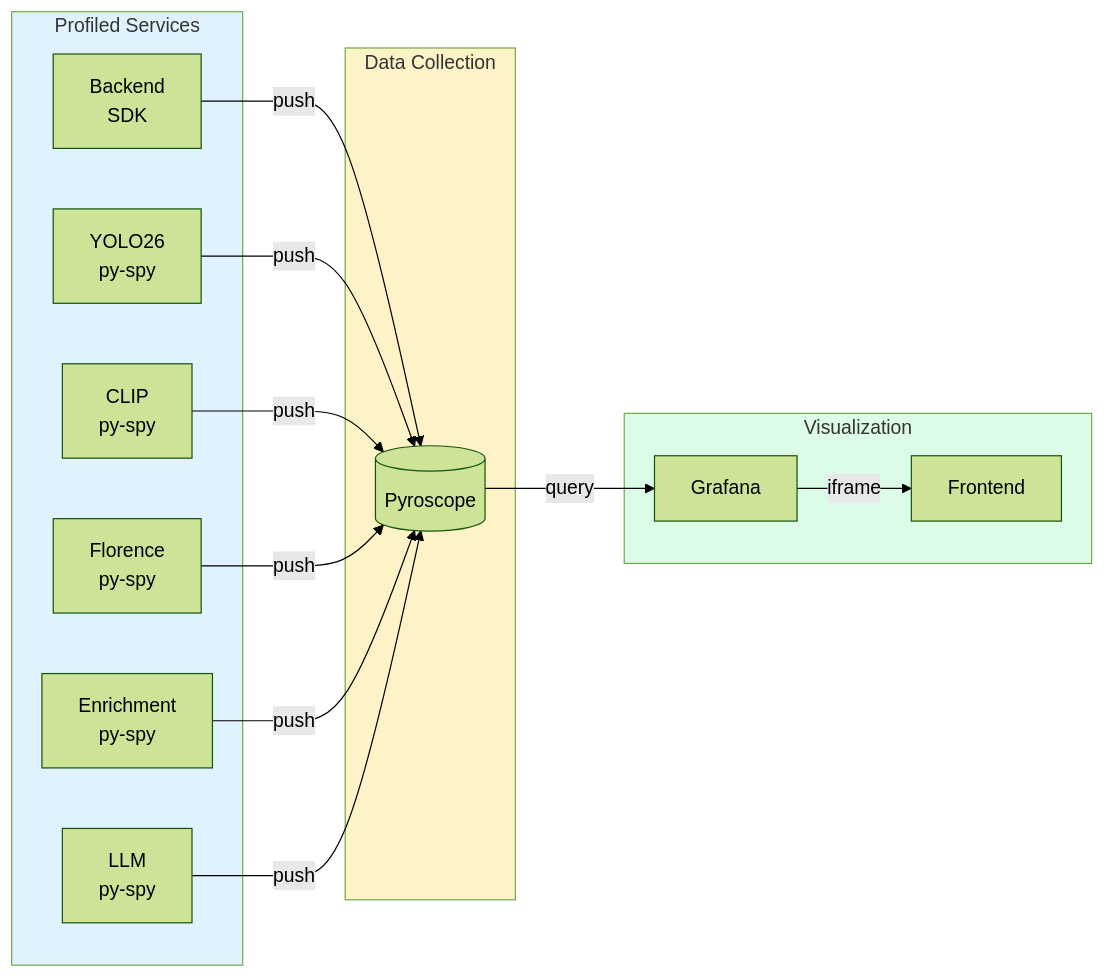
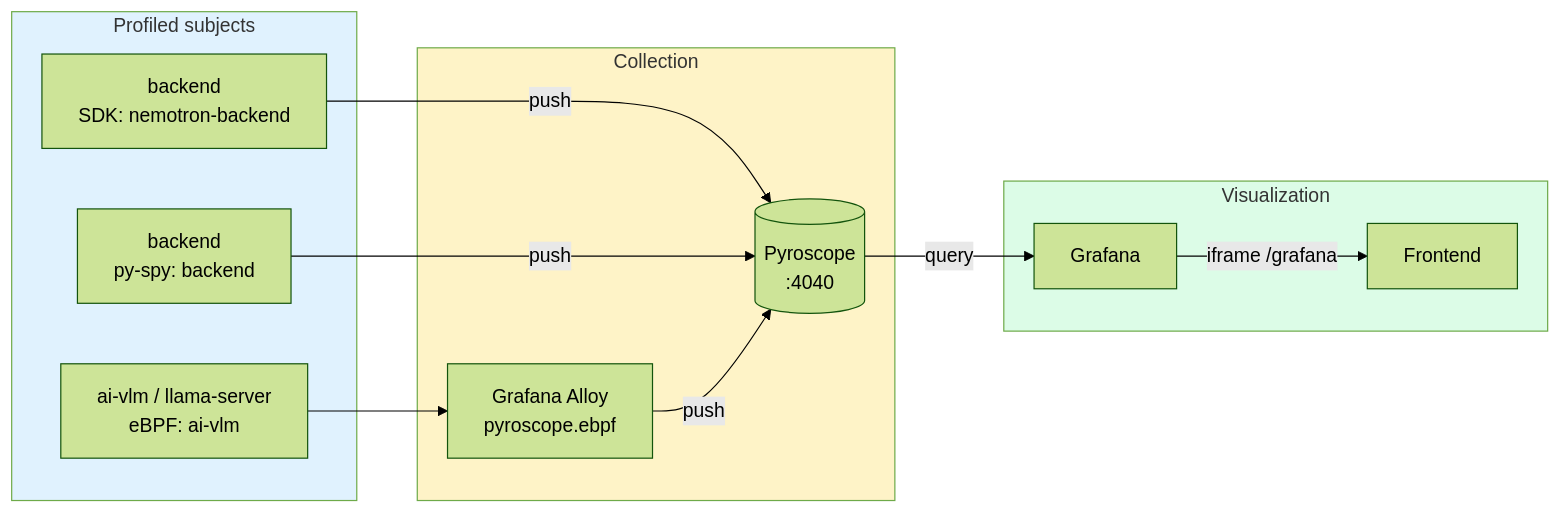
The diagram in docs/guides/profiling.md (mikesvoboda/nemotron-v3-home-security-intelligence), drawn with Mermaid (forest theme) before and after one commit. The commit also changed other lines of this file and 231 other files, not shown here.

````diff
--- a/docs/guides/profiling.md
+++ b/docs/guides/profiling.md
@@ -516,33 +855,28 @@
 ```mermaid
 flowchart LR
-    subgraph Services["Profiled Services"]
-        B[Backend<br/>SDK]
-        Y[YOLO26<br/>py-spy]
-        C[CLIP<br/>py-spy]
-        F[Florence<br/>py-spy]
-        E[Enrichment<br/>py-spy]
-        L[LLM<br/>py-spy]
+    subgraph Subjects["Profiled subjects"]
+        B["backend<br/>SDK: nemotron-backend"]
+        B2["backend<br/>py-spy: backend"]
+        V["ai-vlm / llama-server<br/>eBPF: ai-vlm"]
     end
 
-    subgraph Storage["Data Collection"]
-        P[(Pyroscope)]
+    subgraph Collect["Collection"]
+        A["Grafana Alloy<br/>pyroscope.ebpf"]
+        P[(Pyroscope<br/>:4040)]
     end
 
-    subgraph Visualization["Visualization"]
+    subgraph Viz["Visualization"]
         G[Grafana]
         FE[Frontend]
     end
 
     B -->|push| P
-    Y -->|push| P
-    C -->|push| P
-    F -->|push| P
-    E -->|push| P
-    L -->|push| P
+    B2 -->|push| P
+    V --> A -->|push| P
     P -->|query| G
-    G -->|iframe| FE
+    G -->|iframe /grafana| FE
 
-    style Services fill:#e0f2fe
-    style Storage fill:#fef3c7
-    style Visualization fill:#dcfce7
+    style Subjects fill:#e0f2fe
+    style Collect fill:#fef3c7
+    style Viz fill:#dcfce7
 ```
````
